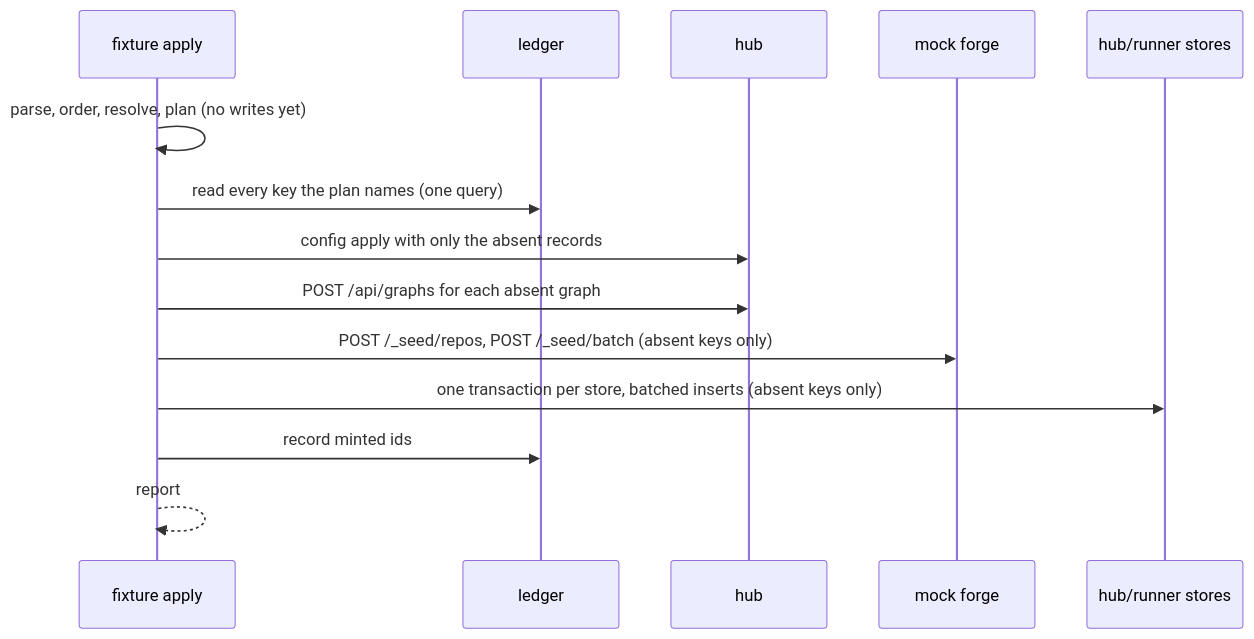
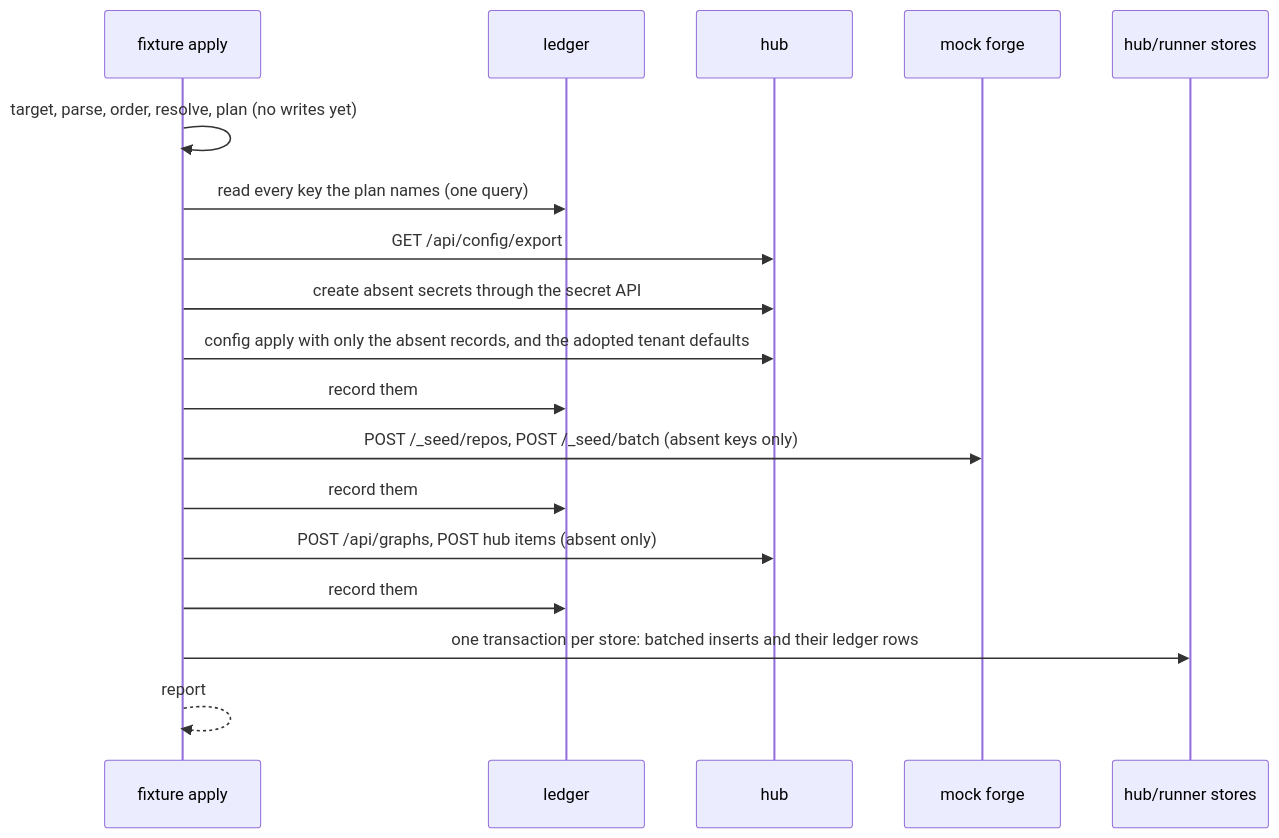
Before and after one commit to c5xlabs/winter-planning: the diagram in projects/fleet/work/advanced-mocking/spec/fixture-format.md, drawn with Mermaid. The commit also changed other lines of this file and 10 other files, not shown here.

````diff
--- a/projects/fleet/work/advanced-mocking/spec/fixture-format.md
+++ b/projects/fleet/work/advanced-mocking/spec/fixture-format.md
@@ -214,16 +416,20 @@
 ```mermaid
 sequenceDiagram
   participant CLI as fixture apply
   participant L as ledger
   participant H as hub
   participant F as mock forge
   participant S as hub/runner stores
-  CLI->>CLI: parse, order, resolve, plan (no writes yet)
+  CLI->>CLI: target, parse, order, resolve, plan (no writes yet)
   CLI->>L: read every key the plan names (one query)
-  CLI->>H: config apply with only the absent records
-  CLI->>H: POST /api/graphs for each absent graph
+  CLI->>H: GET /api/config/export
+  CLI->>H: create absent secrets through the secret API
+  CLI->>H: config apply with only the absent records, and the adopted tenant defaults
+  CLI->>L: record them
   CLI->>F: POST /_seed/repos, POST /_seed/batch (absent keys only)
-  CLI->>S: one transaction per store, batched inserts (absent keys only)
-  CLI->>L: record minted ids
+  CLI->>L: record them
+  CLI->>H: POST /api/graphs, POST hub items (absent only)
+  CLI->>L: record them
+  CLI->>S: one transaction per store: batched inserts and their ledger rows
   CLI-->>CLI: report
 ```
````
